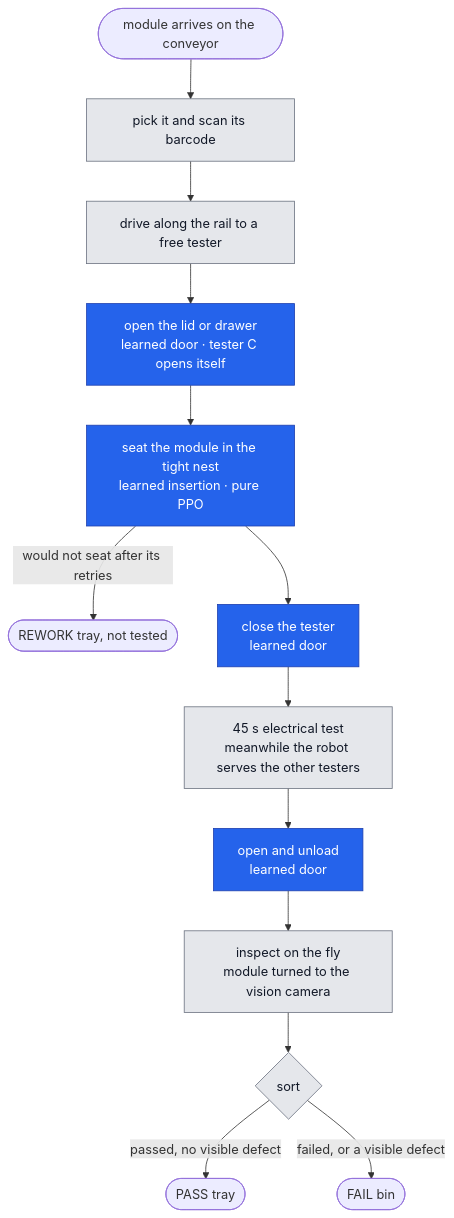
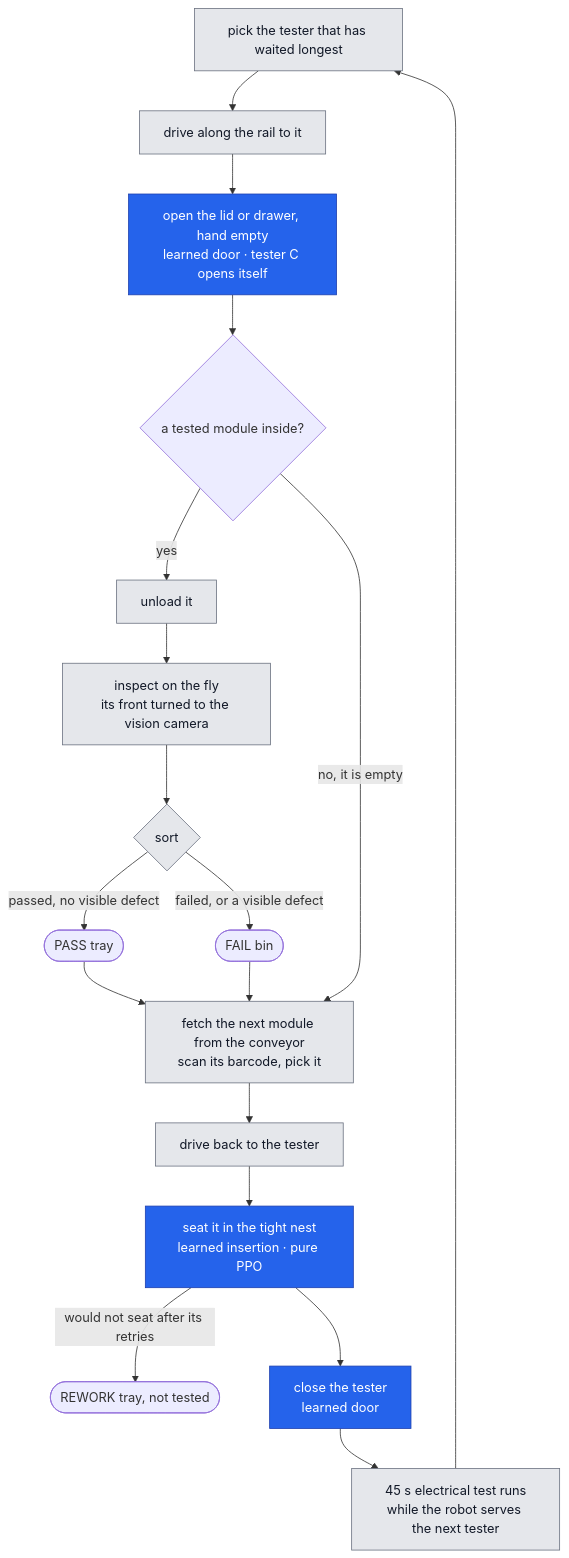
One commit to Abdullah-Muz/polypanda changed the first of 5 diagrams in README.md. Above: the diagram before and after it, drawn with Mermaid. The commit also changed other lines of this file and 1 other file, not shown here.

Commit message:
v4.1 drafts corrected after an independent fact-check: the cell diagram redrawn as built (a visit unloads, inspects and sorts the tested module, then fetches, inserts, closes); inspection after the test; no friction in the insertion draws; the compliant layer described exactly (summed vertical force 15 N at 20 Hz, reflex above 35 N); 27.6 % less time; dev numbers (8.7 s, clone worst cells, round-1 slams 3/14/1); p <= 2.2e-34; the search's 483 includes 6 seatings after 30 s (477 within); lock path includes the user ending rounds; v4.0 roadmap row

````diff
--- a/README.md
+++ b/README.md
@@ -153,19 +153,24 @@
 ```mermaid
 flowchart TD
-    A([module arrives on the conveyor]) --> S[pick it and scan its barcode]
-    S --> D[drive along the rail to a free tester]
-    D --> O[open the lid or drawer<br/>learned door · tester C opens itself]
-    O --> I[seat the module in the tight nest<br/>learned insertion · pure PPO]
-    I -- "would not seat after its retries" --> RW([REWORK tray, not tested])
-    I --> C[close the tester<br/>learned door]
-    C --> T[45 s electrical test<br/>meanwhile the robot serves the other testers]
-    T --> U[open and unload<br/>learned door]
-    U --> V[inspect on the fly<br/>module turned to the vision camera]
+    N[pick the tester that has waited longest] --> D[drive along the rail to it]
+    D --> O[open the lid or drawer, hand empty<br/>learned door · tester C opens itself]
+    O --> Q{a tested module inside?}
+    Q -- yes --> U[unload it]
+    U --> V[inspect on the fly<br/>its front turned to the vision camera]
     V --> SO{sort}
     SO -- "passed, no visible defect" --> P([PASS tray])
     SO -- "failed, or a visible defect" --> F([FAIL bin])
+    P --> FE
+    F --> FE
+    Q -- "no, it is empty" --> FE[fetch the next module from the conveyor<br/>scan its barcode, pick it]
+    FE --> DB[drive back to the tester]
+    DB --> I[seat it in the tight nest<br/>learned insertion · pure PPO]
+    I -- "would not seat after its retries" --> RW([REWORK tray, not tested])
+    I --> C[close the tester<br/>learned door]
+    C --> T[45 s electrical test runs<br/>while the robot serves the next tester]
+    T --> N
     classDef learned fill:#2563eb,stroke:#1e40af,color:#ffffff
     classDef scripted fill:#e5e7eb,stroke:#6b7280,color:#111827
-    class O,I,C,U learned
-    class S,D,T,V,SO scripted
+    class O,I,C learned
+    class N,D,U,V,SO,FE,DB,T scripted
 ```
````
